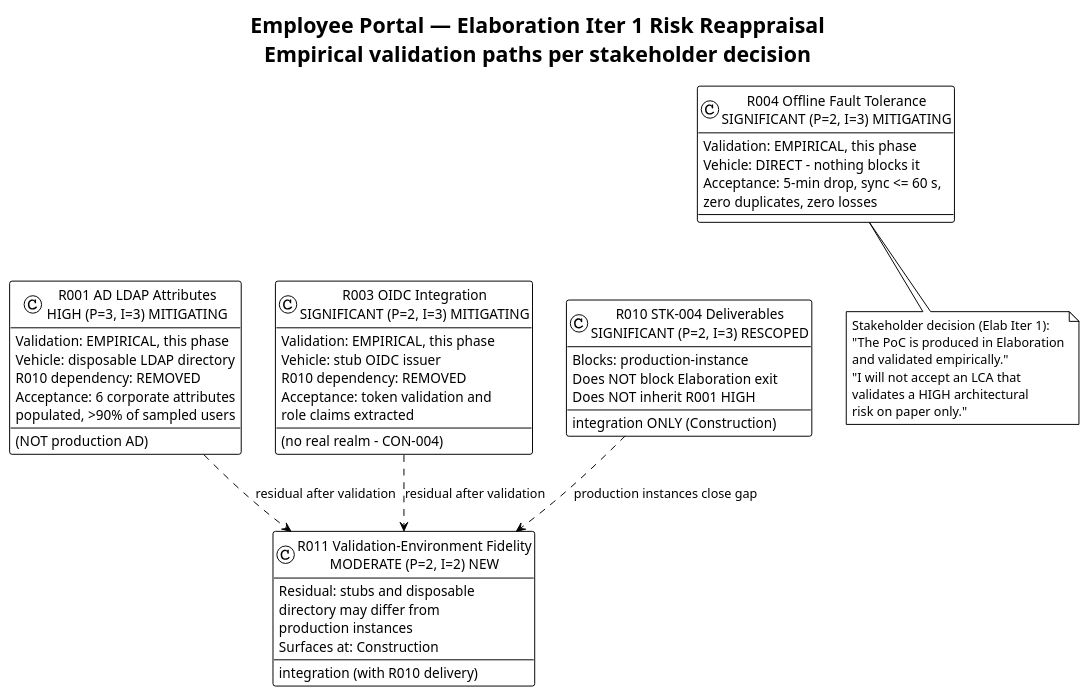
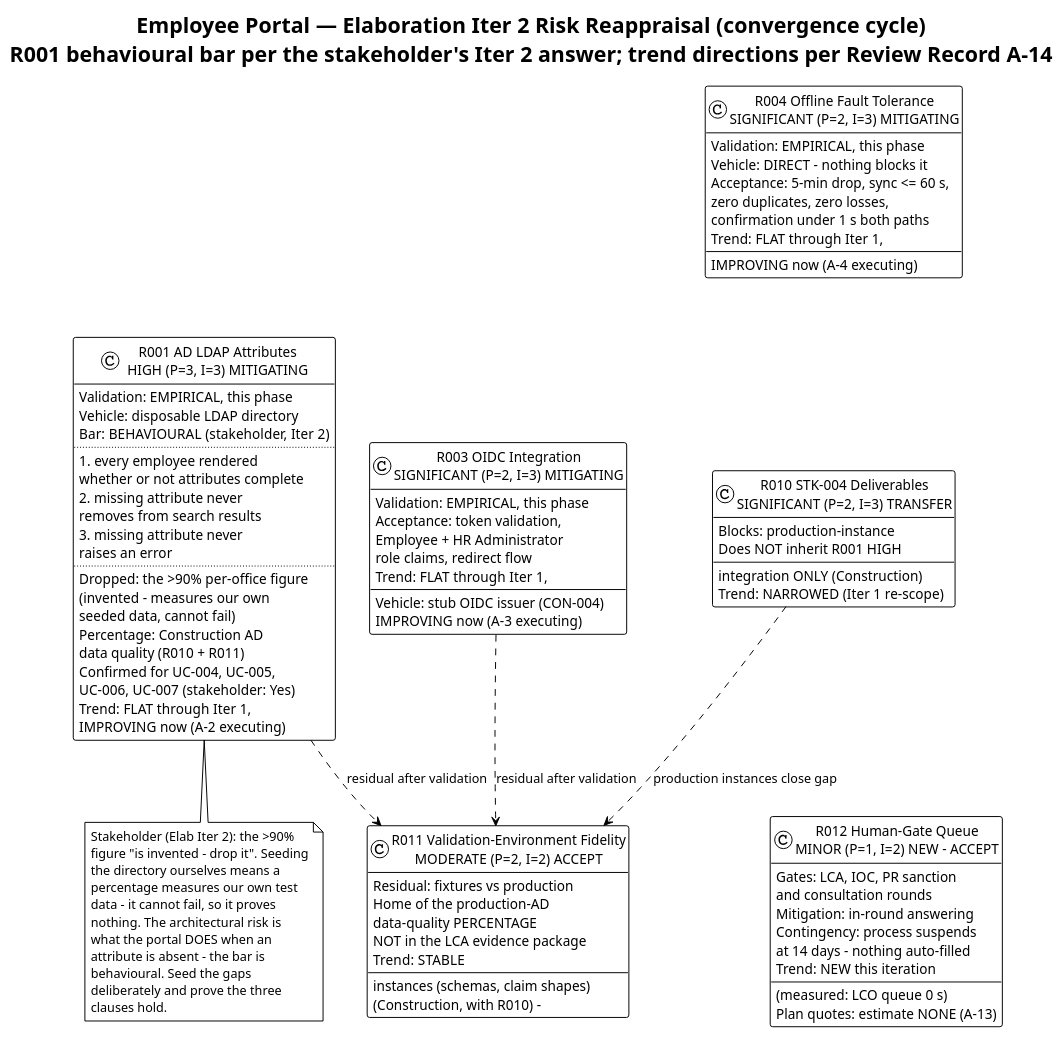
One commit to banense-test/employee-portal changed the second of 2 diagrams in docs/artifacts/project-management/risk-list.md. Above: the diagram before and after it, drawn with PlantUML. The commit also changed other lines of this file, not shown here.

First line of the commit message:
Project Manager [E2]: upsert Risk List

````diff
--- a/docs/artifacts/project-management/risk-list.md
+++ b/docs/artifacts/project-management/risk-list.md
@@ -123,60 +144,97 @@
 ```plantuml
 @startuml
 !theme plain
-title Employee Portal — Elaboration Iter 1 Risk Reappraisal\nEmpirical validation paths per stakeholder decision
+title Employee Portal — Elaboration Iter 2 Risk Reappraisal (convergence cycle)\nR001 behavioural bar per the stakeholder's Iter 2 answer; trend directions per Review Record A-14
 
 class "R001 AD LDAP Attributes\nHIGH (P=3, I=3) MITIGATING" as R001 {
   Validation: EMPIRICAL, this phase
   Vehicle: disposable LDAP directory
-  (NOT production AD)
-  R010 dependency: REMOVED
-  Acceptance: 6 corporate attributes
-  populated, >90% of sampled users
+  Bar: BEHAVIOURAL (stakeholder, Iter 2)
+  ..
+  1. every employee rendered
+     whether or not attributes complete
+  2. missing attribute never
+     removes from search results
+  3. missing attribute never
+     raises an error
+  ..
+  Dropped: the >90% per-office figure
+  (invented - measures our own
+  seeded data, cannot fail)
+  Percentage: Construction AD
+  data quality (R010 + R011)
+  Confirmed for UC-004, UC-005,
+  UC-006, UC-007 (stakeholder: Yes)
+  Trend: FLAT through Iter 1,
+  IMPROVING now (A-2 executing)
 }
 
 class "R003 OIDC Integration\nSIGNIFICANT (P=2, I=3) MITIGATING" as R003 {
   Validation: EMPIRICAL, this phase
-  Vehicle: stub OIDC issuer
-  (no real realm - CON-004)
-  R010 dependency: REMOVED
-  Acceptance: token validation and
-  role claims extracted
+  Vehicle: stub OIDC issuer (CON-004)
+  Acceptance: token validation,
+  Employee + HR Administrator
+  role claims, redirect flow
+  Trend: FLAT through Iter 1,
+  IMPROVING now (A-3 executing)
 }
 
 class "R004 Offline Fault Tolerance\nSIGNIFICANT (P=2, I=3) MITIGATING" as R004 {
   Validation: EMPIRICAL, this phase
   Vehicle: DIRECT - nothing blocks it
   Acceptance: 5-min drop, sync <= 60 s,
-  zero duplicates, zero losses
+  zero duplicates, zero losses,
+  confirmation under 1 s both paths
+  Trend: FLAT through Iter 1,
+  IMPROVING now (A-4 executing)
 }
 
-class "R010 STK-004 Deliverables\nSIGNIFICANT (P=2, I=3) RESCOPED" as R010 {
+class "R010 STK-004 Deliverables\nSIGNIFICANT (P=2, I=3) TRANSFER" as R010 {
   Blocks: production-instance
   integration ONLY (Construction)
-  Does NOT block Elaboration exit
   Does NOT inherit R001 HIGH
+  Trend: NARROWED (Iter 1 re-scope)
 }
 
-class "R011 Validation-Environment Fidelity\nMODERATE (P=2, I=2) NEW" as R011 {
-  Residual: stubs and disposable
-  directory may differ from
-  production instances
-  Surfaces at: Construction
-  integration (with R010 delivery)
+class "R011 Validation-Environment Fidelity\nMODERATE (P=2, I=2) ACCEPT" as R011 {
+  Residual: fixtures vs production
+  instances (schemas, claim shapes)
+  Home of the production-AD
+  data-quality PERCENTAGE
+  (Construction, with R010) -
+  NOT in the LCA evidence package
+  Trend: STABLE
+}
+
+class "R012 Human-Gate Queue\nMINOR (P=1, I=2) NEW - ACCEPT" as R012 {
+  Gates: LCA, IOC, PR sanction
+  and consultation rounds
+  Mitigation: in-round answering
+  (measured: LCO queue 0 s)
+  Contingency: process suspends
+  at 14 days - nothing auto-filled
+  Plan quotes: estimate NONE (A-13)
+  Trend: NEW this iteration
 }
 
 R001 ..> R011 : residual after validation
 R003 ..> R011 : residual after validation
 R010 ..> R011 : production instances close gap
 R004 -[hidden]-> R010
+R010 -[hidden]-> R012
 
-note bottom of R004
-  Stakeholder decision (Elab Iter 1):
-  "The PoC is produced in Elaboration
-  and validated empirically."
-  "I will not accept an LCA that
-  validates a HIGH architectural
-  risk on paper only."
+note bottom of R001
+  Stakeholder (Elab Iter 2): the >90%
+  figure "is invented - drop it". Seeding
+  the directory ourselves means a
+  percentage measures our own test
+  data - it cannot fail, so it proves
+  nothing. The architectural risk is
+  what the portal DOES when an
+  attribute is absent - the bar is
+  behavioural. Seed the gaps
+  deliberately and prove the three
+  clauses hold.
 end note
 @enduml
 ```
````
